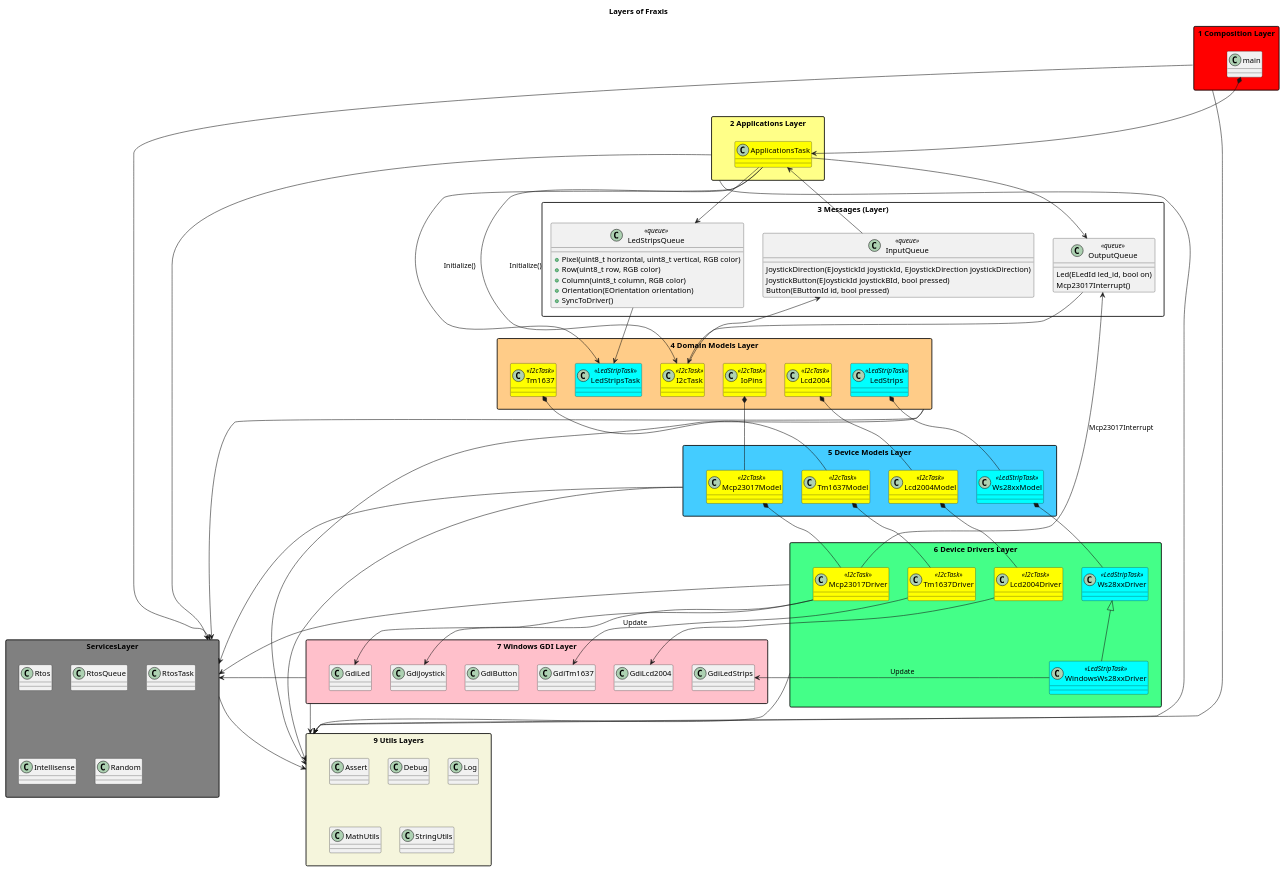
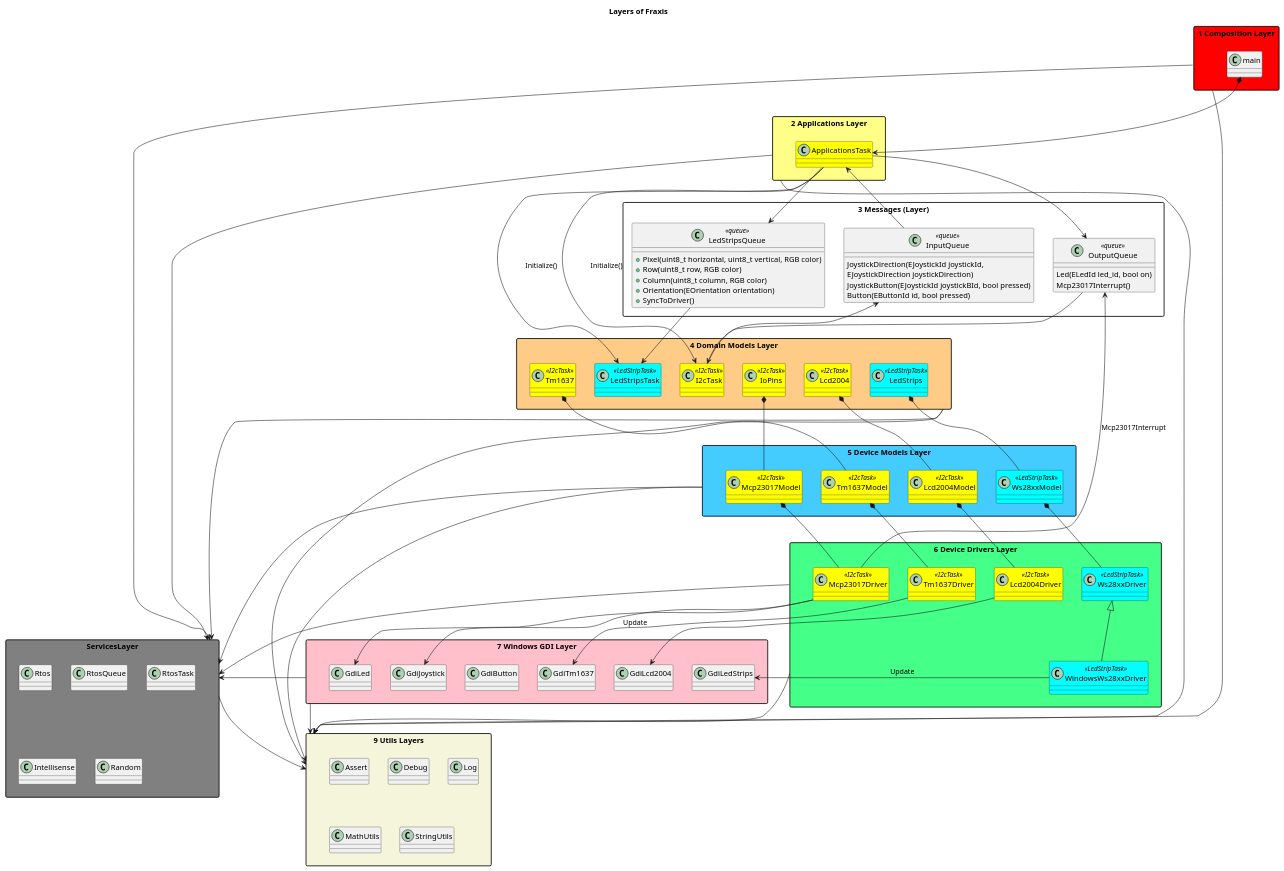
The diagram in Docs/Software Design/Layers/0_layers_overview.puml (michelkeijzers/fraxis), drawn with PlantUML before and after one commit. The commit also changed 28 other files, not shown here.

```diff
--- a/Docs/Software Design/Layers/0_layers_overview.puml
+++ b/Docs/Software Design/Layers/0_layers_overview.puml
@@ -1,151 +1,152 @@
 @startuml
 top to bottom direction
 
 title Layers of Fraxis
 
 skinparam packageStyle rectangle
 skinparam lineThickness 2
 
 package "1 Composition Layer" as CompositionLayer #red 
 {
     class main {}
 }
 
 package "2 Applications Layer" as ApplicationsLayer #ff8
 {
     class ApplicationsTask #yellow {}
 }
 
 main *-->ApplicationsTask
 
 package "3 Messages (Layer)" as MessagesLayer #White
 {
     class LedStripsQueue <<queue>> 
     {
         + Pixel(uint8_t horizontal, uint8_t vertical, RGB color)
         + Row(uint8_t row, RGB color)
         + Column(uint8_t column, RGB color)
         + Orientation(EOrientation orientation)
         + SyncToDriver()
     }
 
     class OutputQueue <<queue>> 
     {
         Led(ELedId led_id, bool on)
         Mcp23017Interrupt()
     }
 
     class InputQueue <<queue>> 
     {
-        JoystickDirection(EJoystickId joystickId, EJoystickDirection joystickDirection)
+        JoystickDirection(EJoystickId joystickId, 
+            EJoystickDirection joystickDirection)
         JoystickButton(EJoystickId joystickBId, bool pressed)
         Button(EButtonId id, bool pressed)
     }
 }
 
 package "4 Domain Models Layer" as DomainModelsLayer #fc8
 {
     class I2cTask <<I2cTask>> #yellow
     class IoPins <<I2cTask>> #yellow
     class Lcd2004 <<I2cTask>> #yellow
     class Tm1637 <<I2cTask>> #yellow
     class LedStripsTask <<LedStripTask>> #cyan
     class LedStrips <<LedStripTask>> #cyan
 }
 
 ApplicationsTask --> I2cTask: Initialize()
 ApplicationsTask --> LedStripsTask: Initialize()
 
 ApplicationsTask --> LedStripsQueue
 ApplicationsTask --> OutputQueue
 InputQueue       --> ApplicationsTask
 InputQueue -d[hidden]- DomainModelsLayer
 
 OutputQueue     --> I2cTask
 LedStripsQueue  --> LedStripsTask
 I2cTask         --> InputQueue
 
 package "5 Device Models Layer" as DeviceModelsLayer #4cf
 {
     class Ws28xxModel <<LedStripTask>> #cyan
     class Mcp23017Model <<I2cTask>> #yellow
     class Tm1637Model <<I2cTask>> #yellow
     class Lcd2004Model <<I2cTask>> #yellow
 
     LedStrips *-- Ws28xxModel
     IoPins *- Mcp23017Model
     Tm1637 *- Tm1637Model
     Lcd2004 *- Lcd2004Model
 }
 
 DeviceModelsLayer -u[hidden]-- DomainModelsLayer
 
 package "6 Device Drivers Layer" as DeviceDriversLayer #4f8
 {
     class Ws28xxDriver <<LedStripTask>> #cyan
     class WindowsWs28xxDriver <<LedStripTask>> #cyan
     WindowsWs28xxDriver -u-|> Ws28xxDriver 
     class Mcp23017Driver <<I2cTask>> #yellow
     class Tm1637Driver <<I2cTask>> #yellow
     class Lcd2004Driver <<I2cTask>> #yellow
 }
 
 Ws28xxModel    *-- Ws28xxDriver 
 Mcp23017Model  *-- Mcp23017Driver 
 Mcp23017Driver  -u-> OutputQueue : Mcp23017Interrupt
 Tm1637Model    *-- Tm1637Driver
 Lcd2004Model   *-- Lcd2004Driver
 
 package "7 Windows GDI Layer" as WindowsGdiLayer #pink
 {
     class GdiLedStrips
     class GdiJoystick
     class GdiLed
     class GdiButton
     class GdiTm1637
     class GdiLcd2004
 }
 
 DeviceDriversLayer -u[hidden]-- WindowsGdiLayer
 WindowsGdiLayer -u[hidden]-- ServicesLayer
 
 WindowsWs28xxDriver ->  GdiLedStrips : Update
 Mcp23017Driver --> GdiJoystick : Update
 Mcp23017Driver -> GdiLed
 Tm1637Driver --> GdiTm1637
 Lcd2004Driver --> GdiLcd2004
 
 package "Services Layer" as ServicesLayer #grey
 {
     class Rtos {}
     class RtosQueue {}
     class RtosTask {}
     class Intellisense {}
     class Random {}
 }
 
 CompositionLayer --> ServicesLayer
 ApplicationsLayer --> ServicesLayer
 DomainModelsLayer --> ServicesLayer
 DeviceModelsLayer --> ServicesLayer
 DeviceDriversLayer --> ServicesLayer
 WindowsGdiLayer --> ServicesLayer
 
 package "9 Utils Layers" as UtilsLayer #Beige
 {
     class Assert {}
     class Debug {}
     class Log {}
     class MathUtils {}
     class StringUtils {}
 }
 
 CompositionLayer --> UtilsLayer
 ApplicationsLayer --> UtilsLayer
 DomainModelsLayer --> UtilsLayer
 DeviceModelsLayer --> UtilsLayer
 DeviceDriversLayer --> UtilsLayer
 WindowsGdiLayer --> UtilsLayer
 ServicesLayer --> UtilsLayer
 
 @enduml
```
